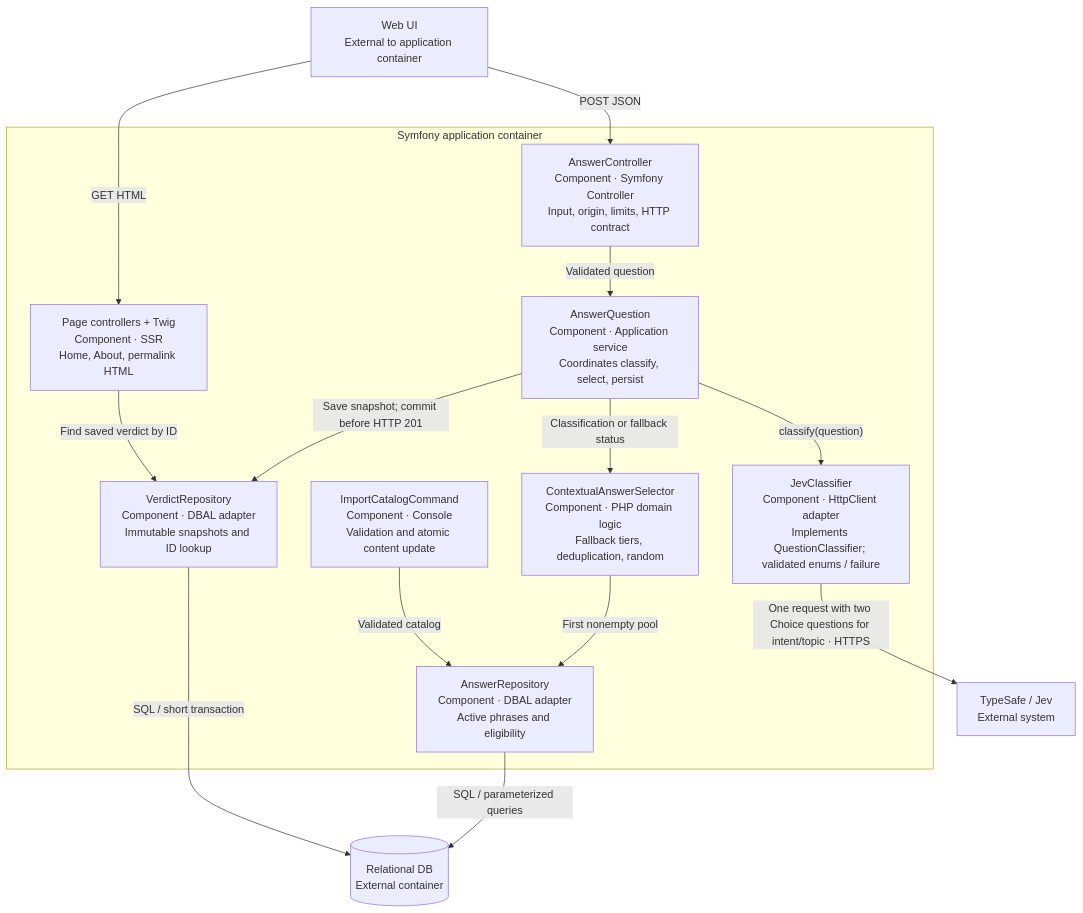
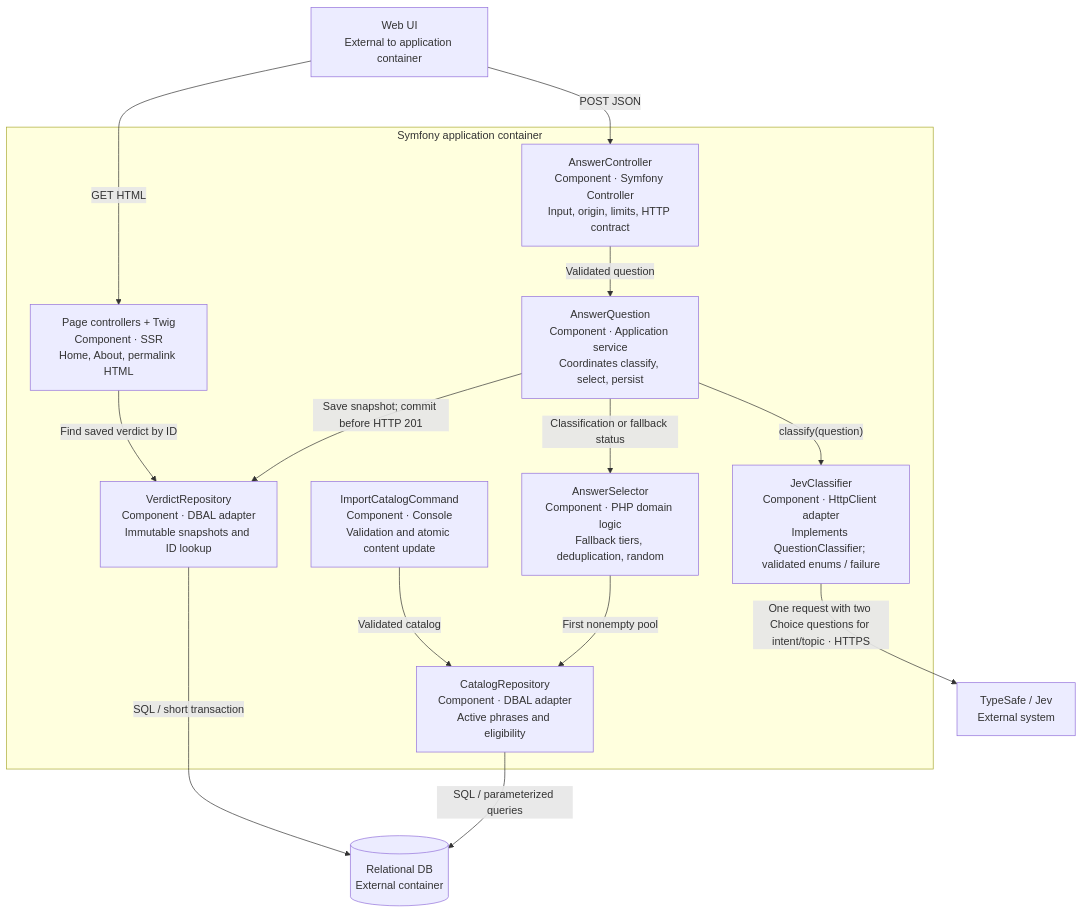
One commit to guri4ek/we-know changed the third of 5 diagrams in docs/architecture/c4.md. Above: the diagram before and after it, drawn with Mermaid. The commit also changed other lines of this file and 62 other files, not shown here.

````diff
--- a/docs/architecture/c4.md
+++ b/docs/architecture/c4.md
@@ -49,28 +49,28 @@
 ```mermaid
 flowchart TB
     browser["Web UI<br/>External to application container"]
     jev["TypeSafe / Jev<br/>External system"]
     db[("Relational DB<br/>External container")]
     subgraph app["Symfony application container"]
         http["AnswerController<br/>Component · Symfony Controller<br/>Input, origin, limits, HTTP contract"]
         pages["Page controllers + Twig<br/>Component · SSR<br/>Home, About, permalink HTML"]
         usecase["AnswerQuestion<br/>Component · Application service<br/>Coordinates classify, select, persist"]
         classifier["JevClassifier<br/>Component · HttpClient adapter<br/>Implements QuestionClassifier; validated enums / failure"]
-        selector["ContextualAnswerSelector<br/>Component · PHP domain logic<br/>Fallback tiers, deduplication, random"]
-        catalog["AnswerRepository<br/>Component · DBAL adapter<br/>Active phrases and eligibility"]
+        selector["AnswerSelector<br/>Component · PHP domain logic<br/>Fallback tiers, deduplication, random"]
+        catalog["CatalogRepository<br/>Component · DBAL adapter<br/>Active phrases and eligibility"]
         verdicts["VerdictRepository<br/>Component · DBAL adapter<br/>Immutable snapshots and ID lookup"]
         importer["ImportCatalogCommand<br/>Component · Console<br/>Validation and atomic content update"]
     end
     browser -->|"POST JSON"| http
     browser -->|"GET HTML"| pages
     http -->|"Validated question"| usecase
     usecase -->|"classify(question)"| classifier
     classifier -->|"One request with two Choice questions for intent/topic · HTTPS"| jev
     usecase -->|"Classification or fallback status"| selector
     selector -->|"First nonempty pool"| catalog
     usecase -->|"Save snapshot; commit before HTTP 201"| verdicts
     pages -->|"Find saved verdict by ID"| verdicts
     importer -->|"Validated catalog"| catalog
     catalog -->|"SQL / parameterized queries"| db
     verdicts -->|"SQL / short transaction"| db
 ```
````
